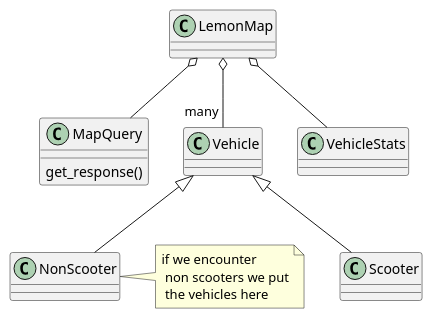
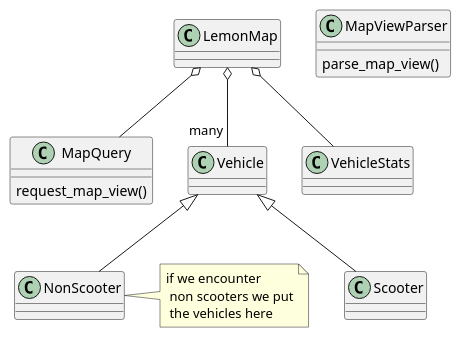
The diagram in notes/datastructures.puml (0x6d64/lemon_map), drawn with PlantUML before and after one commit. The commit also changed 1 other file, not shown here.

```diff
--- a/notes/datastructures.puml
+++ b/notes/datastructures.puml
@@ -1,24 +1,27 @@
 @startuml
 'https://plantuml.com/class-diagram
 
 class MapQuery {
-    get_response()
+    request_map_view()
+}
+class MapViewParser {
+    parse_map_view()
 }
 class LemonMap
 
 class Vehicle
 class Scooter
 class NonScooter
 
 note right: if we encounter \n non scooters we put\n the vehicles here
 
 class VehicleStats
 
 Vehicle <|-- Scooter
 Vehicle <|-- NonScooter
 
 LemonMap o-- VehicleStats
 LemonMap o-- "many" Vehicle
 LemonMap o-- MapQuery
 
 @enduml
```
